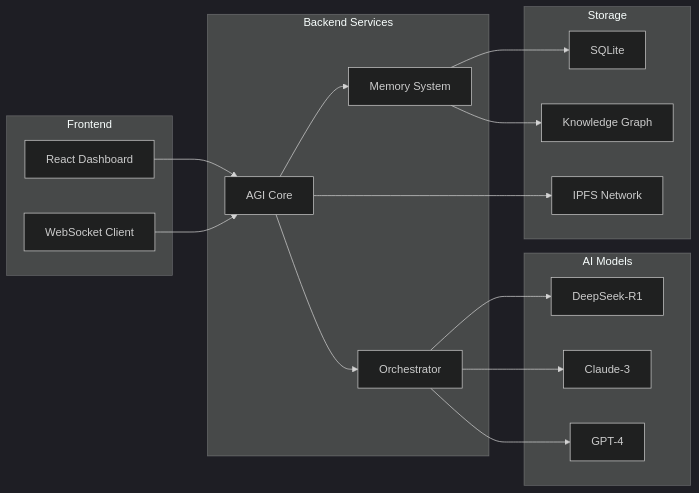
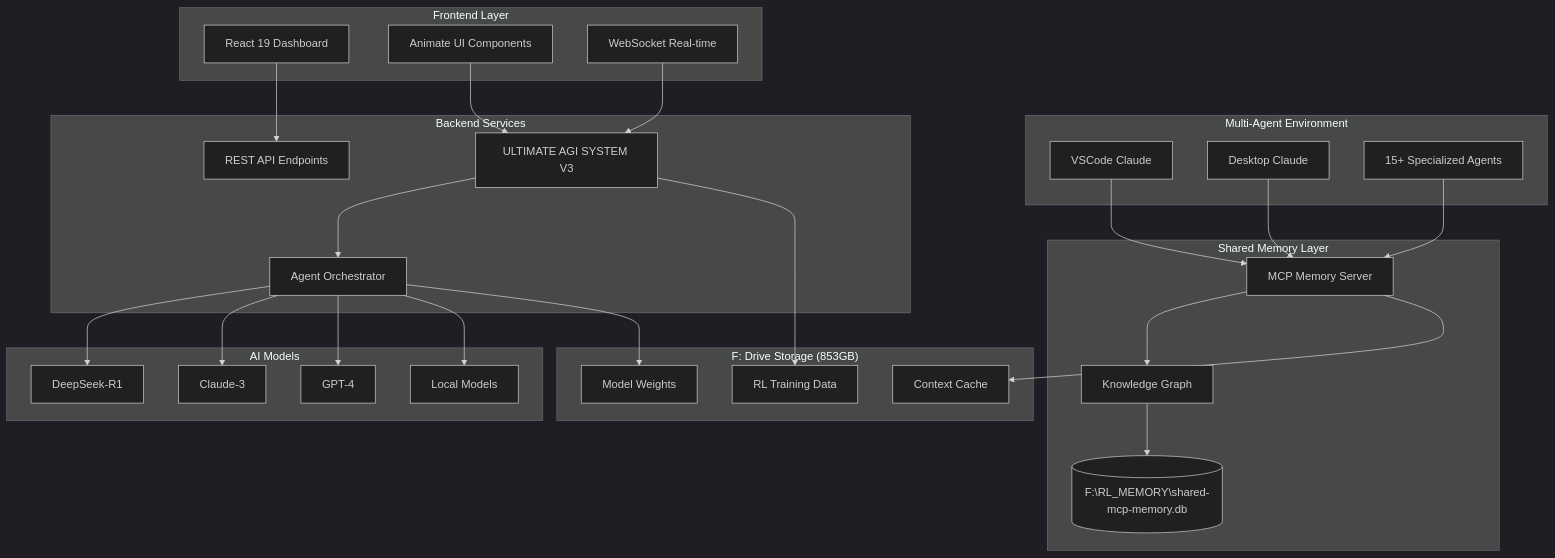
One commit to MCPVOT/mcpvotsagi changed the second of 2 diagrams in README.md. Above: the diagram before and after it, drawn with Mermaid (dark theme). The commit also changed other lines of this file and 192 other files, not shown here.

First line of the commit message:
feat: Complete ULTIMATE AGI SYSTEM V3 with DeepSeek-R1 model integration

````diff
--- a/README.md
+++ b/README.md
@@ -96,36 +111,59 @@
 ```mermaid
-graph LR
-    subgraph "Frontend"
-        UI[React Dashboard]
-        WS[WebSocket Client]
+graph TB
+    subgraph "Multi-Agent Environment"
+        VSC[VSCode Claude]
+        DESK[Desktop Claude]
+        AGENTS[15+ Specialized Agents]
+    end
+
+    subgraph "Shared Memory Layer"
+        MCP[MCP Memory Server]
+        KG[Knowledge Graph]
+        DB[(F:\RL_MEMORY\shared-mcp-memory.db)]
+    end
+
+    subgraph "Frontend Layer"
+        DASH[React 19 Dashboard]
+        UI[Animate UI Components]
+        WS[WebSocket Real-time]
     end
 
     subgraph "Backend Services"
-        AGI[AGI Core]
-        ORCH[Orchestrator]
-        MEM[Memory System]
+        AGI[ULTIMATE AGI SYSTEM V3]
+        API[REST API Endpoints]
+        ORCH[Agent Orchestrator]
     end
 
     subgraph "AI Models"
         DS[DeepSeek-R1]
         CL[Claude-3]
         GPT[GPT-4]
+        LOCAL[Local Models]
     end
 
-    subgraph "Storage"
-        SQL[SQLite]
-        KG[Knowledge Graph]
-        IPFS[IPFS Network]
+    subgraph "F: Drive Storage (853GB)"
+        RL[RL Training Data]
+        CTX[Context Cache]
+        MOD[Model Weights]
     end
 
+    VSC --> MCP
+    DESK --> MCP
+    AGENTS --> MCP
+    MCP --> KG
+    KG --> DB
+
+    DASH --> API
     UI --> AGI
     WS --> AGI
+
     AGI --> ORCH
     ORCH --> DS
     ORCH --> CL
     ORCH --> GPT
-    AGI --> MEM
-    MEM --> SQL
-    MEM --> KG
-    AGI --> IPFS
+    ORCH --> LOCAL
+
+    AGI --> RL
+    MCP --> CTX
+    ORCH --> MOD
 ```
````
